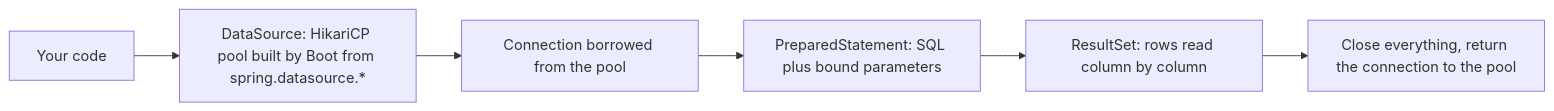
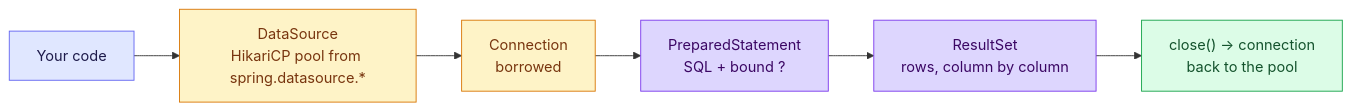
The third of 3 diagrams in content/notes/spring-boot-system-design/02-persistence/postgres-and-jdbc.md (Sriram-Karthick-k/progress-tracker), drawn with Mermaid before and after one commit. The commit also changed other lines of this file and 18 other files, not shown here.

````diff
--- a/content/notes/spring-boot-system-design/02-persistence/postgres-and-jdbc.md
+++ b/content/notes/spring-boot-system-design/02-persistence/postgres-and-jdbc.md
@@ -33,8 +90,12 @@
 ```mermaid
 flowchart LR
-  A["Your code"] --> B["DataSource: HikariCP pool built by Boot from spring.datasource.*"]
-  B --> C["Connection borrowed from the pool"]
-  C --> D["PreparedStatement: SQL plus bound parameters"]
-  D --> E["ResultSet: rows read column by column"]
-  E --> F["Close everything, return the connection to the pool"]
+  A["Your code"]:::app --> B["DataSource<br/>HikariCP pool from spring.datasource.*"]:::pool
+  B --> C["Connection<br/>borrowed"]:::pool
+  C --> D["PreparedStatement<br/>SQL + bound ?"]:::sql
+  D --> E["ResultSet<br/>rows, column by column"]:::sql
+  E --> F["close() → connection<br/>back to the pool"]:::good
+  classDef app fill:#e0e7ff,stroke:#6366f1,color:#1e1b4b
+  classDef pool fill:#fef3c7,stroke:#d97706,color:#78350f
+  classDef sql fill:#ddd6fe,stroke:#7c3aed,color:#3b0764
+  classDef good fill:#dcfce7,stroke:#16a34a,color:#14532d
 ```
````
